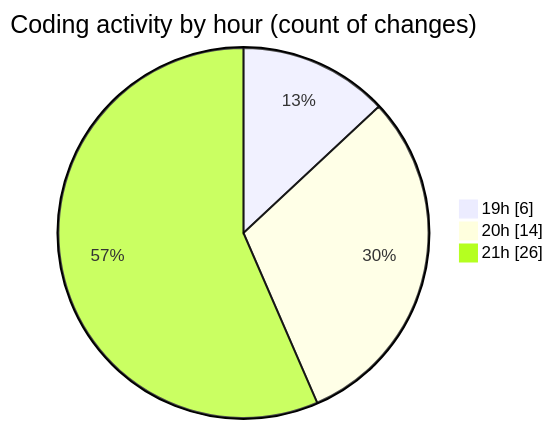
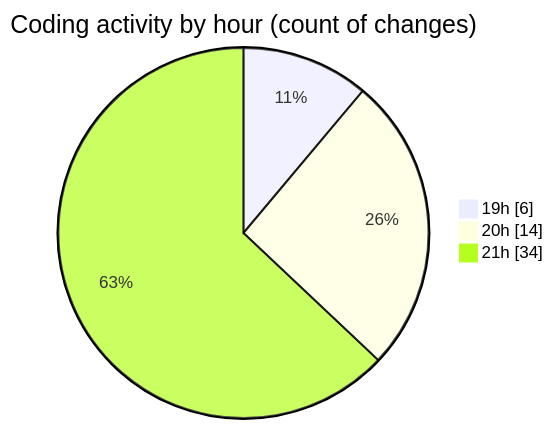
Before and after one commit to IJAZ3593/code-tracking: the second of 2 diagrams in 2025-09-13/new_folder/README.md, drawn with Mermaid. The commit also changed other lines of this file and 1 other file, not shown here.

````diff
--- a/2025-09-13/new_folder/README.md
+++ b/2025-09-13/new_folder/README.md
@@ -35,7 +35,7 @@
 ```mermaid
 pie showData
 title Coding activity by hour (count of changes)
 "19h" : 6
 "20h" : 14
-"21h" : 26
+"21h" : 34
 ```
````
